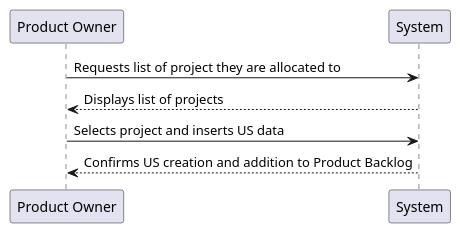
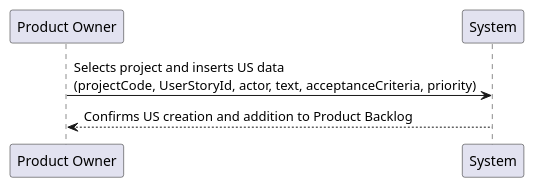
The diagram in docs/modelling_design/user_stories/us017/US017_CreateUserStorySSD.puml (ivo-menezes/project_g3), drawn with PlantUML before and after one commit.

Commit message:
Analysis: US017: update SSD

```diff
--- a/docs/modelling_design/user_stories/us017/US017_CreateUserStorySSD.puml
+++ b/docs/modelling_design/user_stories/us017/US017_CreateUserStorySSD.puml
@@ -2,8 +2,8 @@
 @startuml
 
-"Product Owner" -> System: Requests list of project they are allocated to
-"Product Owner" <-- System: Displays list of projects
-"Product Owner" -> System: Selects project and inserts US data
+'"Product Owner" -> System: Requests list of project they are allocated to
+'"Product Owner" <-- System: Displays list of projects
+"Product Owner" -> System: Selects project and inserts US data\n(projectCode, UserStoryId, actor, text, acceptanceCriteria, priority)
 "Product Owner" <-- System: Confirms US creation and addition to Product Backlog
 
 @enduml
```
